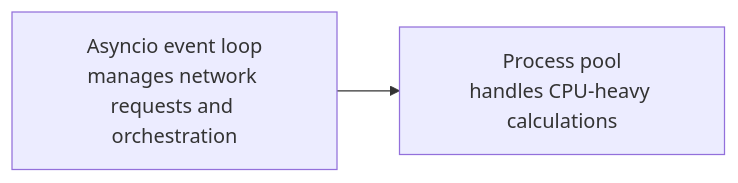
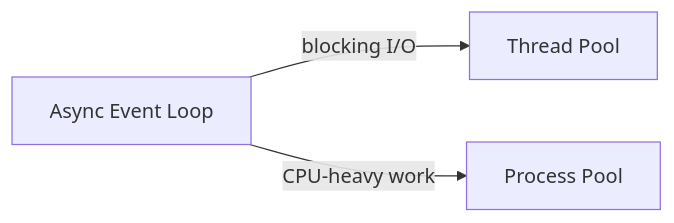
One commit to AvadhBhalodiya/Interview-Preparation changed the fifth of 7 diagrams in src/content/python/threading-multiprocessing-asyncio.md. Above: the diagram before and after it, drawn with Mermaid. The commit also changed other lines of this file and 80 other files, not shown here.

````diff
--- a/src/content/python/threading-multiprocessing-asyncio.md
+++ b/src/content/python/threading-multiprocessing-asyncio.md
@@ -833,4 +274,5 @@
 ```mermaid
 flowchart LR
-    EL[Asyncio event loop<br/>manages network requests and orchestration] --> POOL[Process pool<br/>handles CPU-heavy calculations]
+    EL[Async Event Loop] -->|blocking I/O| TP[Thread Pool]
+    EL -->|CPU-heavy work| PP[Process Pool]
 ```
````
